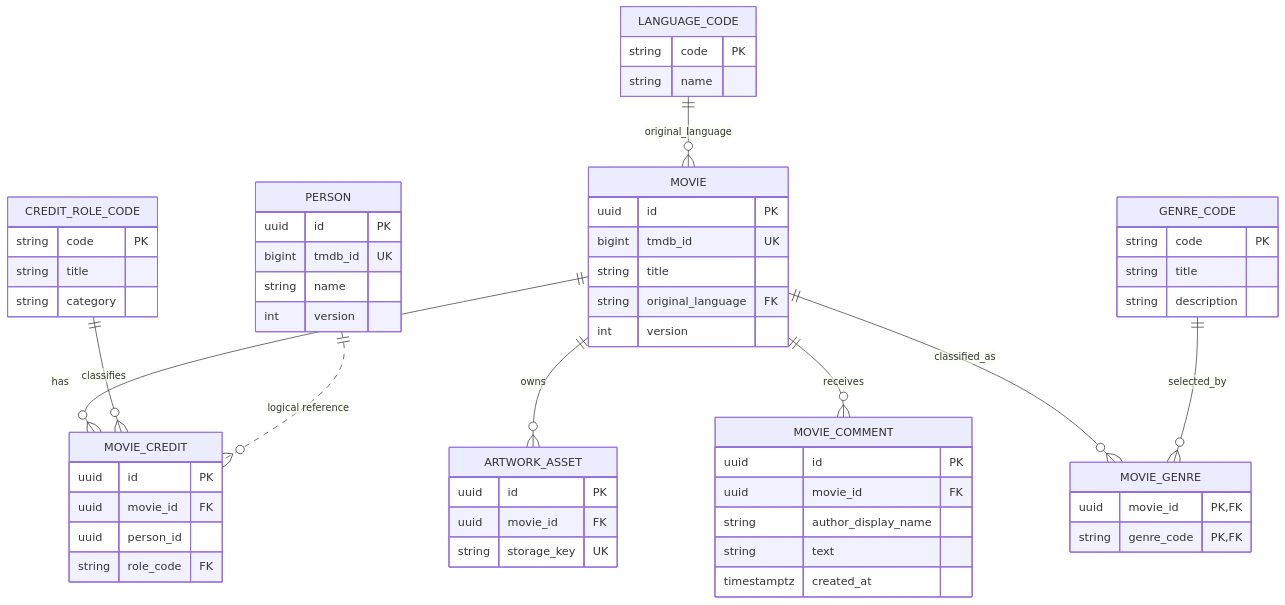
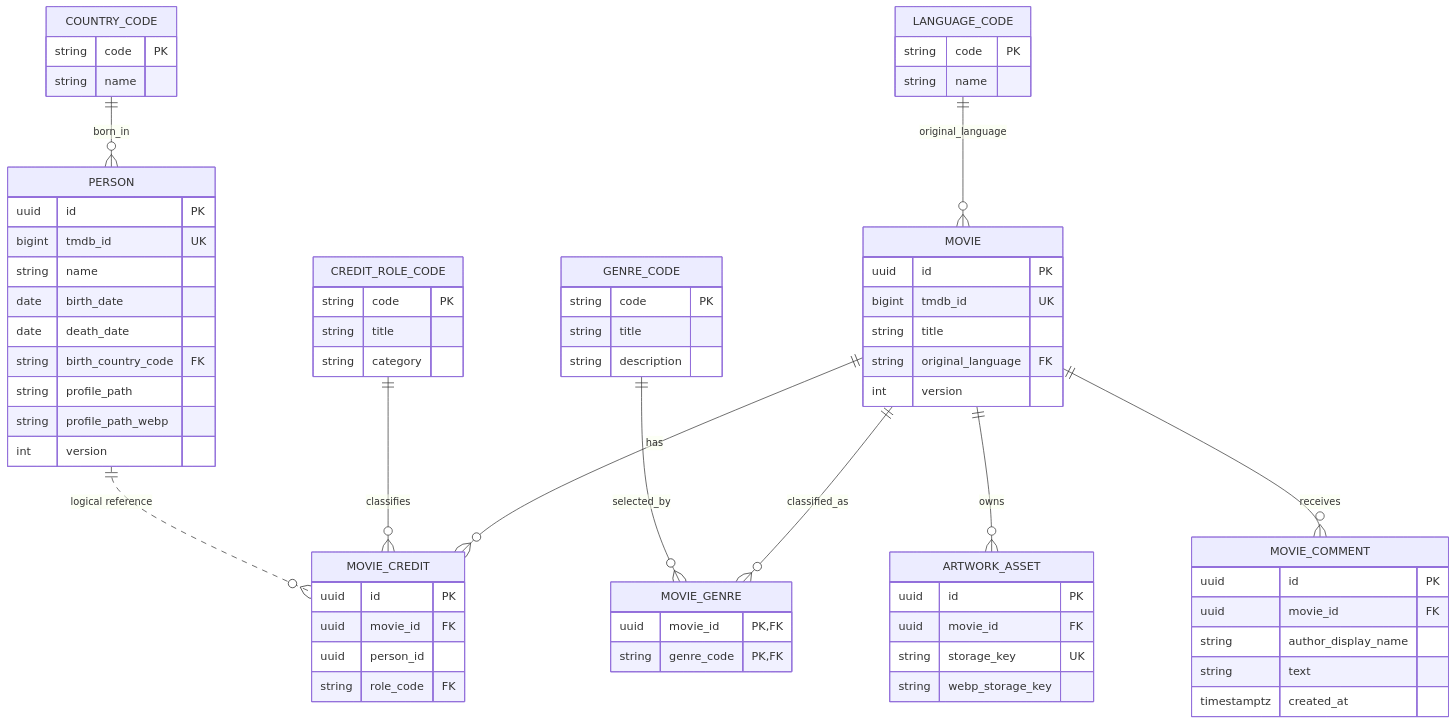
The diagram in docs/architecture/data-model.md (harunoyukidane/moviedb), drawn with Mermaid before and after one commit. The commit also changed other lines of this file and 12 other files, not shown here.

````diff
--- a/docs/architecture/data-model.md
+++ b/docs/architecture/data-model.md
@@ -16,60 +16,71 @@
 ```mermaid
 erDiagram
     MOVIE ||--o{ MOVIE_CREDIT : has
     MOVIE ||--o{ ARTWORK_ASSET : owns
     MOVIE ||--o{ MOVIE_COMMENT : receives
     MOVIE ||--o{ MOVIE_GENRE : classified_as
     GENRE_CODE ||--o{ MOVIE_GENRE : selected_by
     CREDIT_ROLE_CODE ||--o{ MOVIE_CREDIT : classifies
     LANGUAGE_CODE ||--o{ MOVIE : original_language
+    COUNTRY_CODE ||--o{ PERSON : born_in
     PERSON ||..o{ MOVIE_CREDIT : "logical reference"
     MOVIE {
       uuid id PK
       bigint tmdb_id UK
       string title
       string original_language FK
       int version
     }
     LANGUAGE_CODE {
+      string code PK
+      string name
+    }
+    COUNTRY_CODE {
       string code PK
       string name
     }
     MOVIE_CREDIT {
       uuid id PK
       uuid movie_id FK
       uuid person_id
       string role_code FK
     }
     CREDIT_ROLE_CODE {
       string code PK
       string title
       string category
     }
     MOVIE_GENRE {
       uuid movie_id PK,FK
       string genre_code PK,FK
     }
     GENRE_CODE {
       string code PK
       string title
       string description
     }
     PERSON {
       uuid id PK
       bigint tmdb_id UK
       string name
+      date birth_date
+      date death_date
+      string birth_country_code FK
+      string profile_path
+      string profile_path_webp
       int version
     }
     ARTWORK_ASSET {
       uuid id PK
       uuid movie_id FK
       string storage_key UK
+      string webp_storage_key
     }
     MOVIE_COMMENT {
       uuid id PK
       uuid movie_id FK
       string author_display_name
       string text
       timestamptz created_at
     }
 ```
````
